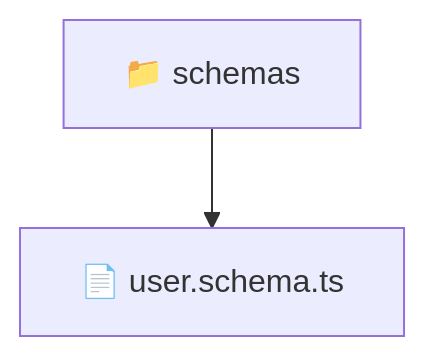
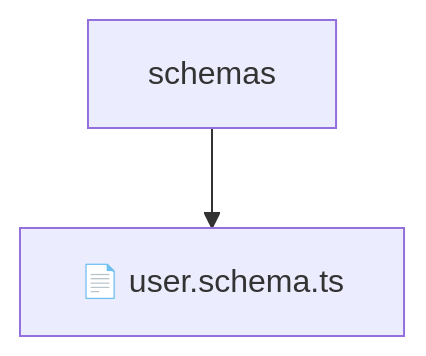
One commit to beginwebdev2002/fullstack-mavluda changed the diagram in backend/src/modules/user/infrastructure/schemas/README.md. Above: the diagram before and after it, drawn with Mermaid. The commit also changed other lines of this file and 155 other files, not shown here.

````diff
--- a/backend/src/modules/user/infrastructure/schemas/README.md
+++ b/backend/src/modules/user/infrastructure/schemas/README.md
@@ -10,5 +14,5 @@
 ```mermaid
 graph TD
-  Root["📁 schemas"]
-  Root --> userschemats["📄 user.schema.ts"]
+    Root[schemas]
+    Root --> F0[📄 user.schema.ts]
 ```
````
